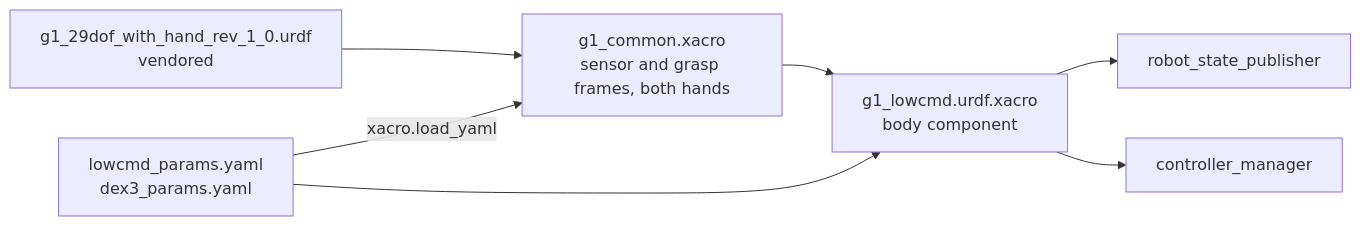
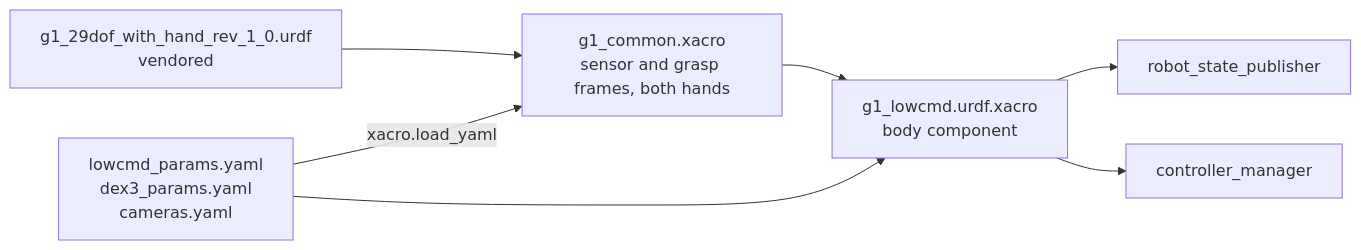
Before and after one commit to Adyansh04/grove-g1: the diagram in workspace/src/g1_description/README.md, drawn with Mermaid. The commit also changed other lines of this file and 140 other files, not shown here.

````diff
--- a/workspace/src/g1_description/README.md
+++ b/workspace/src/g1_description/README.md
@@ -8,9 +8,9 @@
 ```mermaid
 flowchart LR
     V["g1_29dof_with_hand_rev_1_0.urdf<br/>vendored"] --> C
     C["g1_common.xacro<br/>sensor and grasp frames, both hands"] --> X["g1_lowcmd.urdf.xacro<br/>body component"]
-    P["lowcmd_params.yaml<br/>dex3_params.yaml"] -- "xacro.load_yaml" --> C
+    P["lowcmd_params.yaml<br/>dex3_params.yaml<br/>cameras.yaml"] -- "xacro.load_yaml" --> C
     P --> X
     X --> RSP["robot_state_publisher"]
     X --> CM["controller_manager"]
 ```
````
